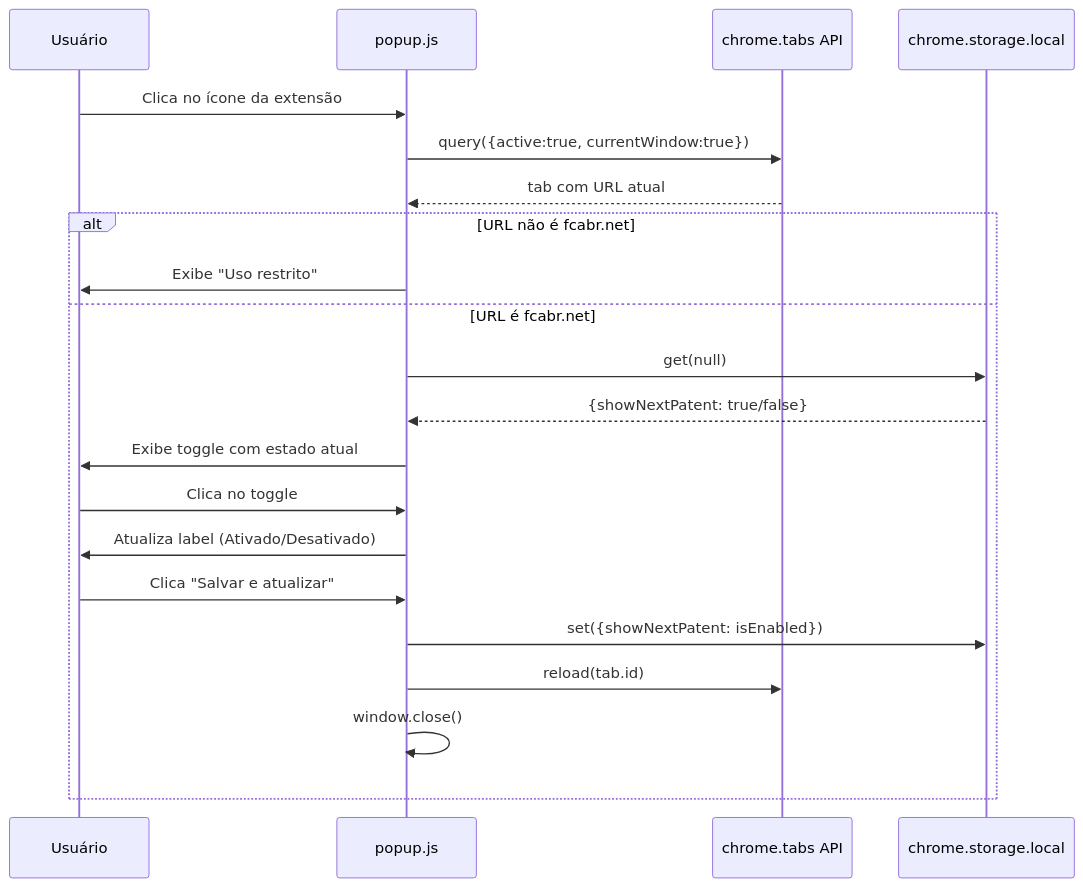
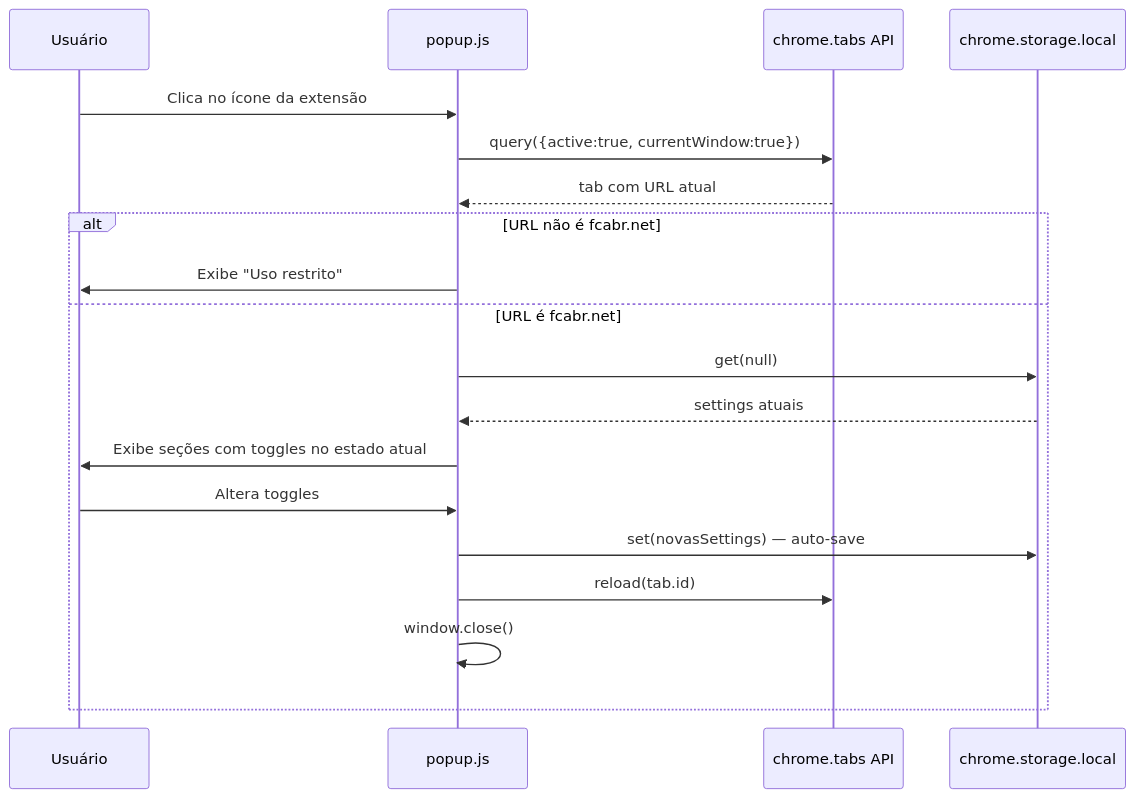
The seventh of 7 diagrams in documentation/FLOWS.md (rafaelandrade74/fcabr-booster), drawn with Mermaid before and after one commit. The commit also changed other lines of this file and 7 other files, not shown here.

````diff
--- a/documentation/FLOWS.md
+++ b/documentation/FLOWS.md
@@ -167,27 +191,24 @@
 ```mermaid
 sequenceDiagram
     participant User as Usuário
     participant Popup as popup.js
     participant ChromeTabs as chrome.tabs API
     participant ChromeStorage as chrome.storage.local
 
     User->>Popup: Clica no ícone da extensão
     Popup->>ChromeTabs: query({active:true, currentWindow:true})
     ChromeTabs-->>Popup: tab com URL atual
 
     alt URL não é fcabr.net
         Popup->>User: Exibe "Uso restrito"
     else URL é fcabr.net
         Popup->>ChromeStorage: get(null)
-        ChromeStorage-->>Popup: {showNextPatent: true/false}
-        Popup->>User: Exibe toggle com estado atual
+        ChromeStorage-->>Popup: settings atuais
+        Popup->>User: Exibe seções com toggles no estado atual
 
-        User->>Popup: Clica no toggle
-        Popup->>User: Atualiza label (Ativado/Desativado)
-
-        User->>Popup: Clica "Salvar e atualizar"
-        Popup->>ChromeStorage: set({showNextPatent: isEnabled})
+        User->>Popup: Altera toggles
+        Popup->>ChromeStorage: set(novasSettings) — auto-save
         Popup->>ChromeTabs: reload(tab.id)
         Popup->>Popup: window.close()
     end
 ```
````
